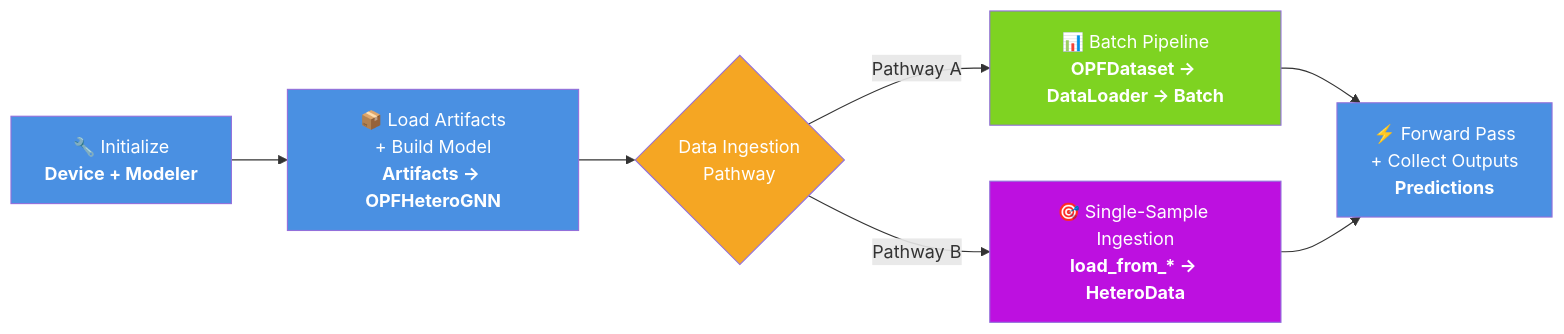
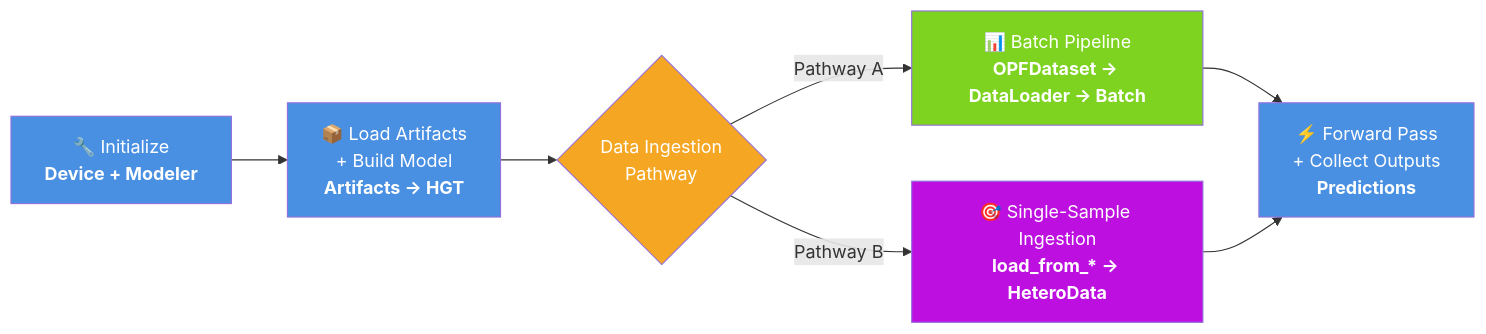
The diagram in README.md (argonne-gridfm/lumina-inference), drawn with Mermaid before and after one commit. The commit also changed other lines of this file and 5 other files, not shown here.

````diff
--- a/README.md
+++ b/README.md
@@ -5,16 +11,16 @@
 ```mermaid
 flowchart LR
-    A["🔧 Initialize<br/><b>Device + Modeler</b>"] --> B["📦 Load Artifacts<br/>+ Build Model<br/><b>Artifacts → OPFHeteroGNN</b>"]
+    A["🔧 Initialize<br/><b>Device + Modeler</b>"] --> B["📦 Load Artifacts<br/>+ Build Model<br/><b>Artifacts → HGT</b>"]
     B --> C{"Data Ingestion<br/>Pathway"}
     C -->|Pathway A| D["📊 Batch Pipeline<br/><b>OPFDataset → DataLoader → Batch</b>"]
     C -->|Pathway B| E["🎯 Single-Sample Ingestion<br/><b>load_from_* → HeteroData</b>"]
     D --> F["⚡ Forward Pass<br/>+ Collect Outputs<br/><b>Predictions</b>"]
     E --> F
 
     style A fill:#4a90e2,color:#fff
     style B fill:#4a90e2,color:#fff
     style C fill:#f5a623,color:#fff
     style D fill:#7ed321,color:#fff
     style E fill:#bd10e0,color:#fff
     style F fill:#4a90e2,color:#fff
 ```
````
